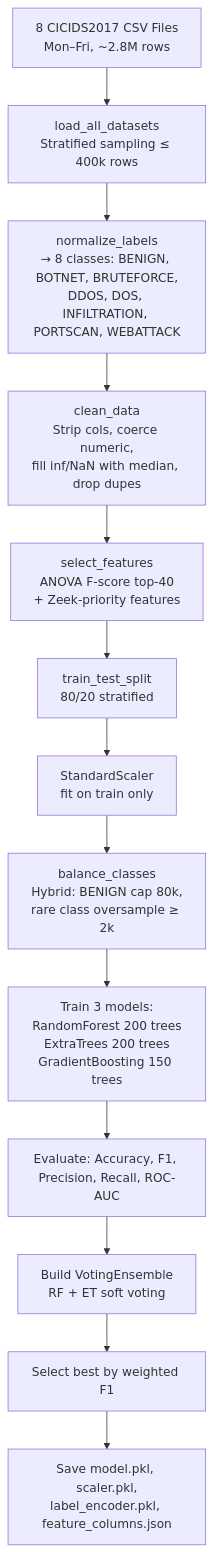
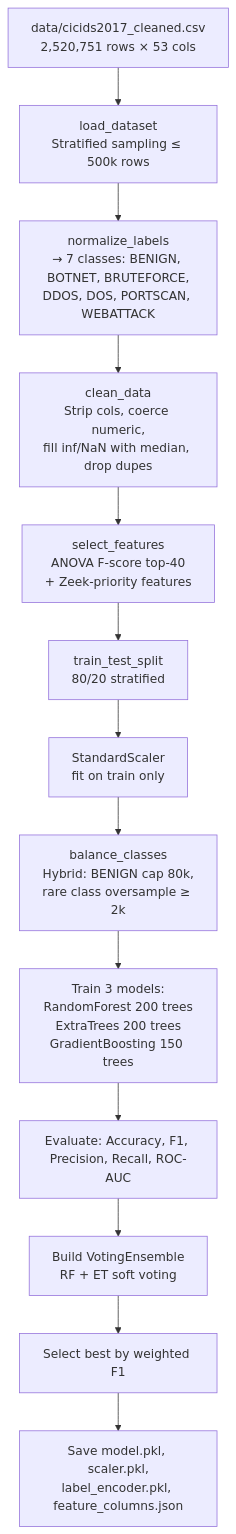
One commit to SURIYA-po/Cyber_Surakshya changed the seventh of 16 diagrams in OVERVIEW.md. Above: the diagram before and after it, drawn with Mermaid. The commit also changed other lines of this file and 218 other files, not shown here.

````diff
--- a/OVERVIEW.md
+++ b/OVERVIEW.md
@@ -510,15 +521,15 @@
 ```mermaid
 flowchart TD
-    A[8 CICIDS2017 CSV Files\nMon–Fri, ~2.8M rows] --> B[load_all_datasets\nStratified sampling ≤ 400k rows]
-    B --> C[normalize_labels\n→ 8 classes: BENIGN, BOTNET, BRUTEFORCE,\nDDOS, DOS, INFILTRATION, PORTSCAN, WEBATTACK]
+    A[data/cicids2017_cleaned.csv\n2,520,751 rows × 53 cols] --> B[load_dataset\nStratified sampling ≤ 500k rows]
+    B --> C[normalize_labels\n→ 7 classes: BENIGN, BOTNET, BRUTEFORCE,\nDDOS, DOS, PORTSCAN, WEBATTACK]
     C --> D[clean_data\nStrip cols, coerce numeric,\nfill inf/NaN with median, drop dupes]
     D --> E[select_features\nANOVA F-score top-40\n+ Zeek-priority features]
     E --> F[train_test_split\n80/20 stratified]
     F --> G[StandardScaler\nfit on train only]
     G --> H[balance_classes\nHybrid: BENIGN cap 80k,\nrare class oversample ≥ 2k]
     H --> I[Train 3 models:\nRandomForest 200 trees\nExtraTrees 200 trees\nGradientBoosting 150 trees]
     I --> J[Evaluate: Accuracy, F1, Precision, Recall, ROC-AUC]
     J --> K[Build VotingEnsemble\nRF + ET soft voting]
     K --> L[Select best by weighted F1]
     L --> M[Save model.pkl, scaler.pkl,\nlabel_encoder.pkl, feature_columns.json]
 ```
````
